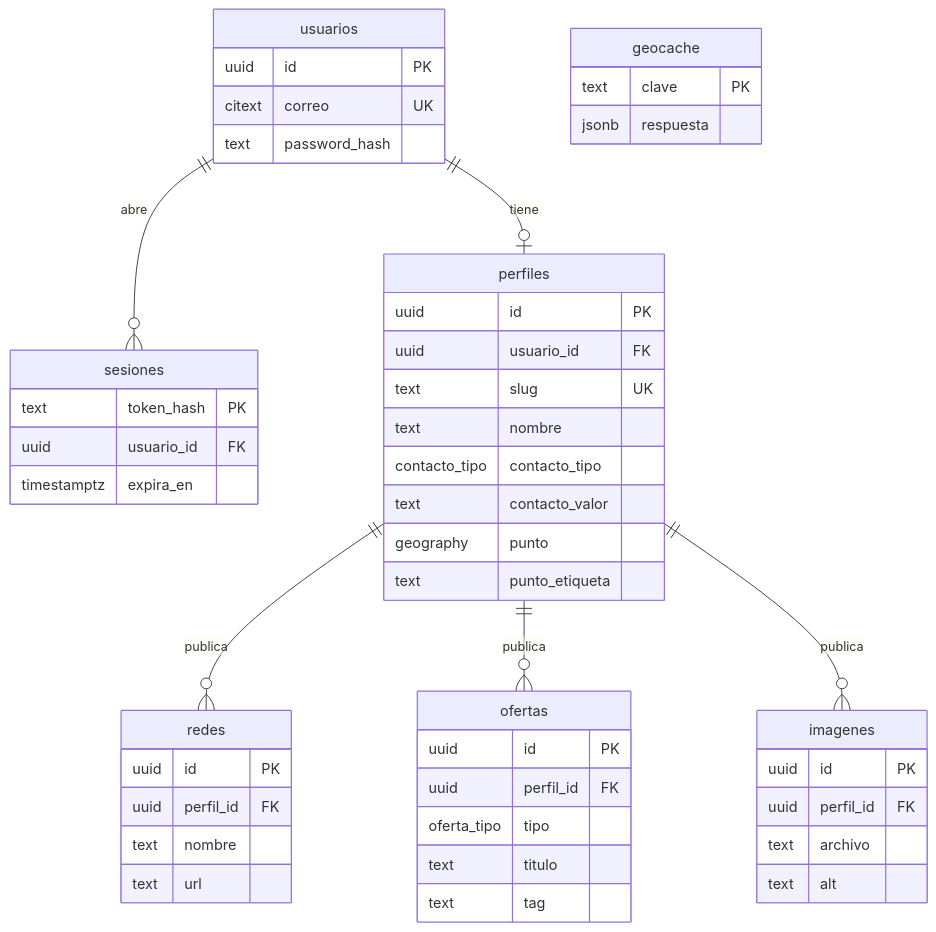
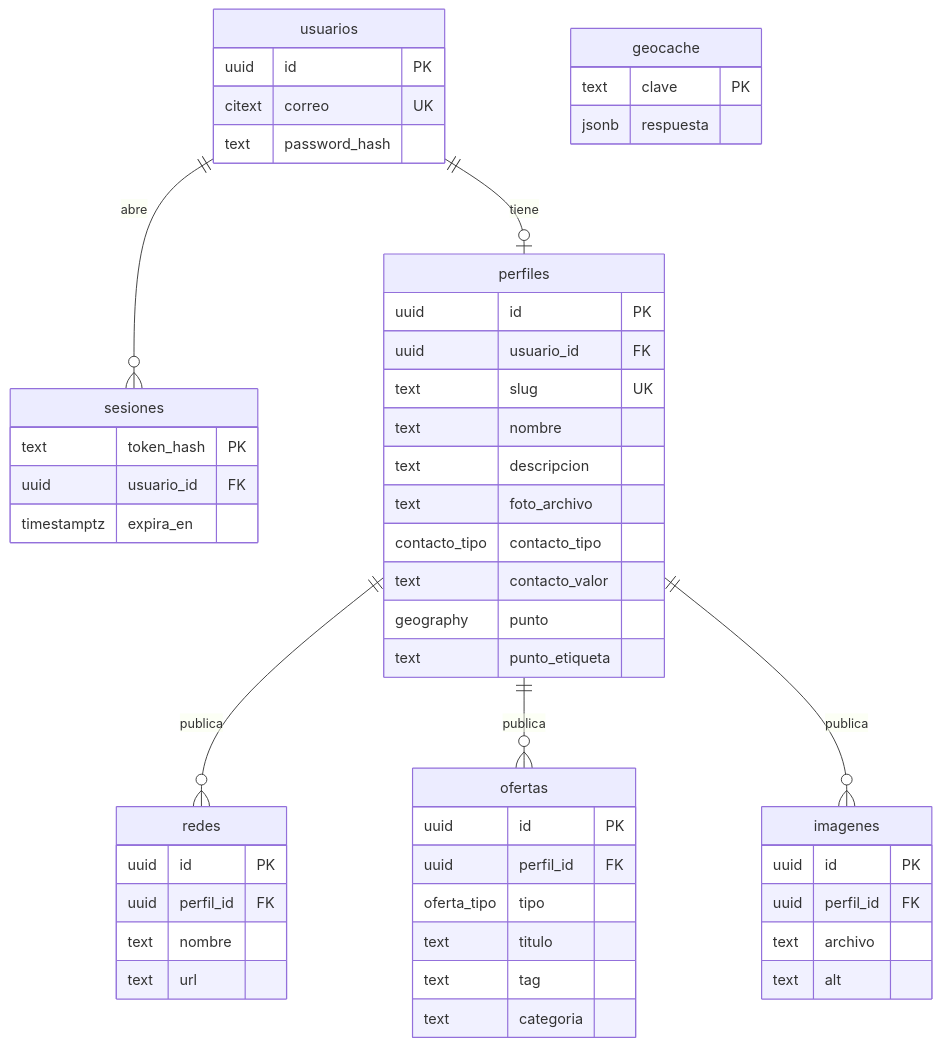
Before and after one commit to wika-labss/proyectos: the diagram in web/trabajamos-com/idea/06-modelo-datos.md, drawn with Mermaid. The commit also changed other lines of this file and 16 other files, not shown here.

````diff
--- a/web/trabajamos-com/idea/06-modelo-datos.md
+++ b/web/trabajamos-com/idea/06-modelo-datos.md
@@ -27,51 +28,54 @@
 ```mermaid
 erDiagram
   usuarios ||--o{ sesiones : abre
   usuarios ||--o| perfiles : tiene
   perfiles ||--o{ redes : publica
   perfiles ||--o{ ofertas : publica
   perfiles ||--o{ imagenes : publica
   usuarios {
     uuid id PK
     citext correo UK
     text password_hash
   }
   sesiones {
     text token_hash PK
     uuid usuario_id FK
     timestamptz expira_en
   }
   perfiles {
     uuid id PK
     uuid usuario_id FK
     text slug UK
     text nombre
+    text descripcion
+    text foto_archivo
     contacto_tipo contacto_tipo
     text contacto_valor
     geography punto
     text punto_etiqueta
   }
   redes {
     uuid id PK
     uuid perfil_id FK
     text nombre
     text url
   }
   ofertas {
     uuid id PK
     uuid perfil_id FK
     oferta_tipo tipo
     text titulo
     text tag
+    text categoria
   }
   imagenes {
     uuid id PK
     uuid perfil_id FK
     text archivo
     text alt
   }
   geocache {
     text clave PK
     jsonb respuesta
   }
 ```
````
